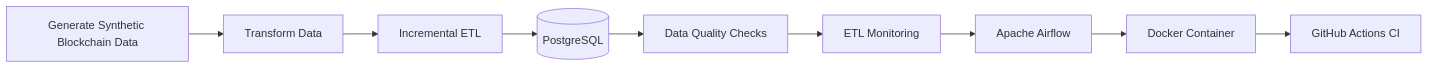
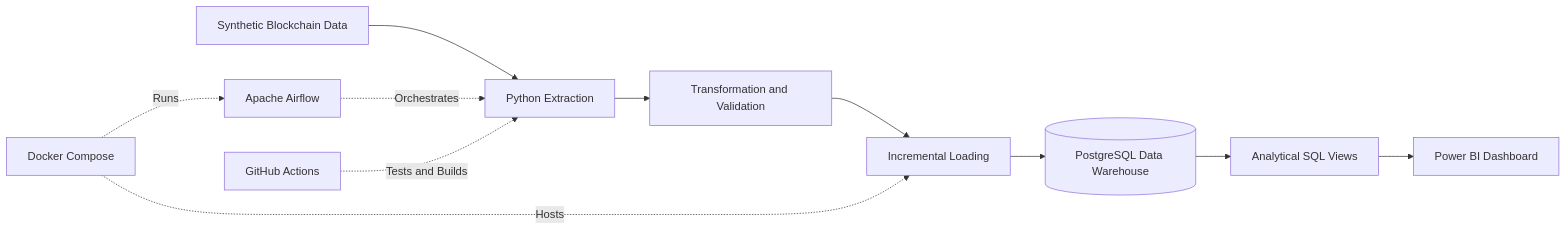
The diagram in README.md (b2zo/Blockchain-Staking-Analytics), drawn with Mermaid before and after one commit.

Commit message:
Updated README data flow

````diff
--- a/README.md
+++ b/README.md
@@ -40,20 +40,14 @@
 ```mermaid
 flowchart LR
+    A[Synthetic Blockchain Data] --> B[Python Extraction]
+    B --> C[Transformation and Validation]
+    C --> D[Incremental Loading]
+    D --> E[(PostgreSQL Data Warehouse)]
+    E --> F[Analytical SQL Views]
+    F --> G[Power BI Dashboard]
 
-A[Generate Synthetic Blockchain Data]
---> B[Transform Data]
-
-B --> C[Incremental ETL]
-
-C --> D[(PostgreSQL)]
-
-D --> E[Data Quality Checks]
-
-E --> F[ETL Monitoring]
-
-F --> G[Apache Airflow]
-
-G --> H[Docker Container]
-
-H --> I[GitHub Actions CI]
+    H[Apache Airflow] -. Orchestrates .-> B
+    I[Docker Compose] -. Hosts .-> D
+    I -. Runs .-> H
+    J[GitHub Actions] -. Tests and Builds .-> B
 ```
````
